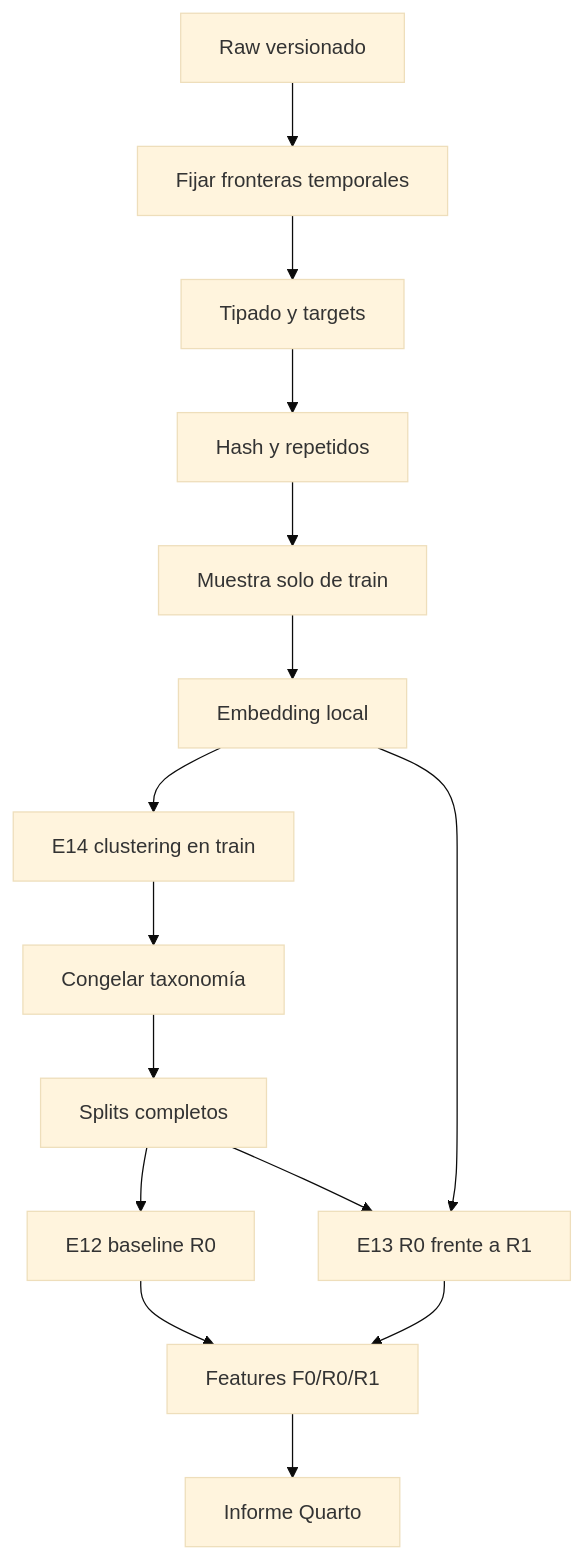
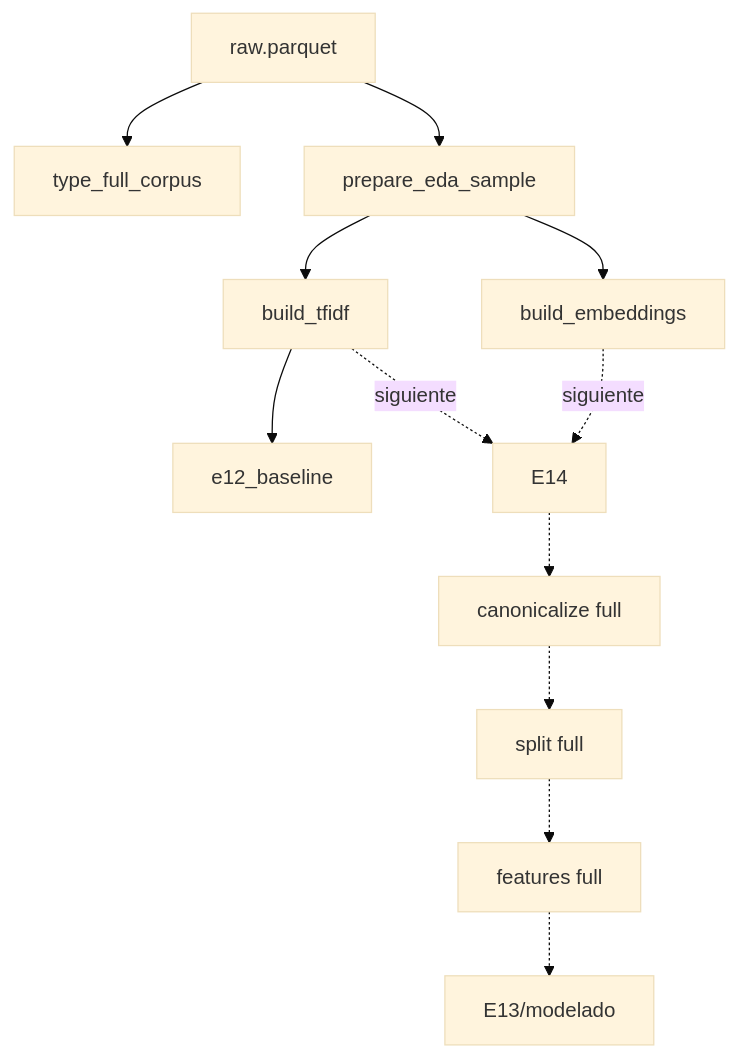
Before and after one commit to Codenid/capstone-claims-triage: the third of 4 diagrams in README.md, drawn with Mermaid (base theme). The commit also changed other lines of this file, not shown here.

````diff
--- a/README.md
+++ b/README.md
@@ -122,17 +222,14 @@
 ```mermaid
 flowchart TD
-    A[Raw versionado] --> B[Fijar fronteras temporales]
-    B --> C[Tipado y targets]
-    C --> D[Hash y repetidos]
-    D --> E[Muestra solo de train]
-    E --> F[Embedding local]
-    F --> G[E14 clustering en train]
-    G --> H[Congelar taxonomía]
-    H --> I[Splits completos]
-    I --> J[E12 baseline R0]
-    F --> K[E13 R0 frente a R1]
-    I --> K
-    J --> L[Features F0/R0/R1]
-    K --> L
-    L --> M[Informe Quarto]
+    A[raw.parquet] --> B[type_full_corpus]
+    A --> C[prepare_eda_sample]
+    C --> D[build_tfidf]
+    D --> E[e12_baseline]
+    C --> F[build_embeddings]
+    D -. siguiente .-> G[E14]
+    F -. siguiente .-> G
+    G -.-> H[canonicalize full]
+    H -.-> I[split full]
+    I -.-> J[features full]
+    J -.-> K[E13/modelado]
 ```
````
